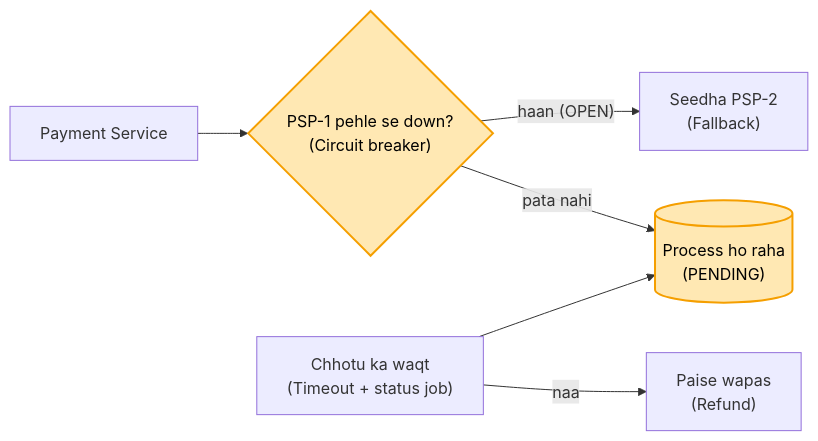
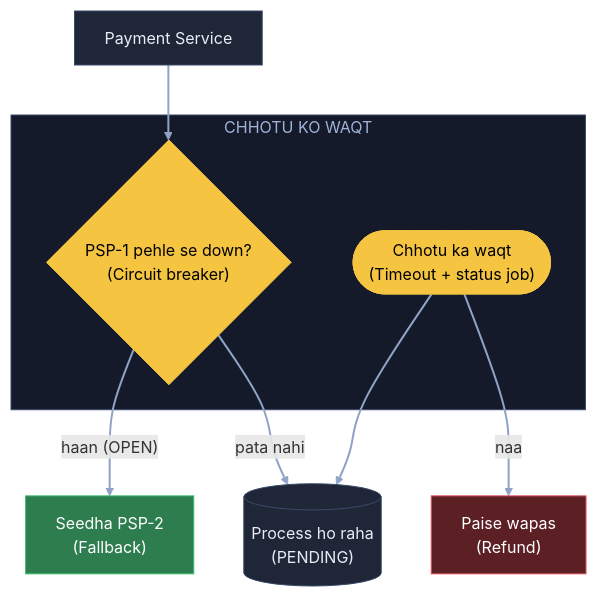
Before and after one commit to ArpanMaheshwari144/Prep: diagram 11 of 11 in 04_HLD/SYSTEM_DESIGNS/06_payment_system/06_payment_system.md, drawn with Mermaid. The commit also changed other lines of this file, not shown here.

Commit message:
Payment: 11 diagram YouTube (reel) wale card andaaz me

````diff
--- a/04_HLD/SYSTEM_DESIGNS/06_payment_system/06_payment_system.md
+++ b/04_HLD/SYSTEM_DESIGNS/06_payment_system/06_payment_system.md
@@ -218,10 +322,22 @@
 ```mermaid
-flowchart LR
-    S["Payment Service"] --> CB{"PSP-1 pehle se down?<br/>(Circuit breaker)"}
-    CB -- "haan (OPEN)" --> P2["Seedha PSP-2<br/>(Fallback)"]
-    CB -- "pata nahi" --> PD[("Process ho raha<br/>(PENDING)")]
-    J["Chhotu ka waqt<br/>(Timeout + status job)"] --> PD
-    J -- "naa" --> R["Paise wapas<br/>(Refund)"]
-    style CB fill:#ffe8b3,stroke:#f59f00,stroke-width:2px,color:#000
-    style PD fill:#ffe8b3,stroke:#f59f00,stroke-width:2px,color:#000
+flowchart TB
+    S["Payment Service"]:::card
+    subgraph CH["CHHOTU KO WAQT"]
+        CB{"PSP-1 pehle se down?<br/>(Circuit breaker)"}:::pill
+        J(["Chhotu ka waqt<br/>(Timeout + status job)"]):::pill
+    end
+    P2["Seedha PSP-2<br/>(Fallback)"]:::good
+    PD[("Process ho raha<br/>(PENDING)")]:::card
+    R["Paise wapas<br/>(Refund)"]:::bad
+    S --> CB
+    CB -- "haan (OPEN)" --> P2
+    CB -- "pata nahi" --> PD
+    J --> PD
+    J -- "naa" --> R
+    linkStyle default stroke:#8fa3c7,stroke-width:2px
+    classDef card fill:#1e2638,stroke:#3a4a6b,color:#e8ecf5
+    classDef pill fill:#f5c542,stroke:#f5c542,color:#000
+    classDef good fill:#2e7d4f,stroke:#3fbf6f,color:#fff
+    classDef bad fill:#5c1f24,stroke:#e05561,color:#fff
+    style CH fill:#141a29,stroke:#3a4a6b,color:#9fb3d9
 ```
````
